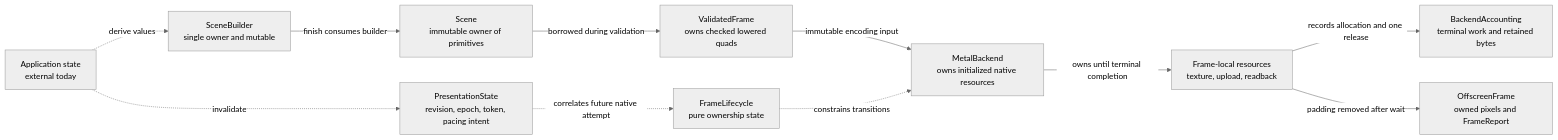
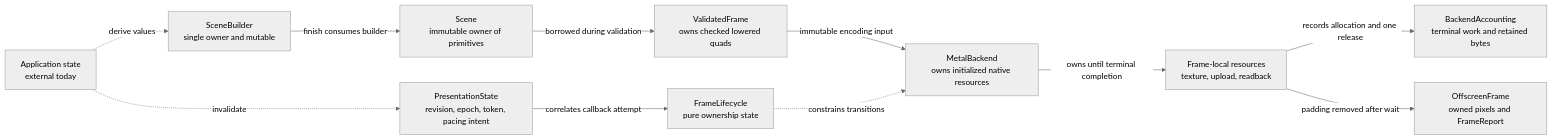
The second of 7 diagrams in ARCHITECTURE.md (dbuddha/alpine-gpui), drawn with Mermaid (neutral theme) before and after one commit. The commit also changed other lines of this file and 21 other files, not shown here.

````diff
--- a/ARCHITECTURE.md
+++ b/ARCHITECTURE.md
@@ -144,24 +155,24 @@
 ```mermaid
 flowchart LR
     state["Application state<br/>external today"]
     presentation["PresentationState<br/>revision, epoch, token, pacing intent"]
     builder["SceneBuilder<br/>single owner and mutable"]
     snapshot["Scene<br/>immutable owner of primitives"]
     plan["ValidatedFrame<br/>owns checked lowered quads"]
     lifecycle["FrameLifecycle<br/>pure ownership state"]
     renderer["MetalBackend<br/>owns initialized native resources"]
     resources["Frame-local resources<br/>texture, upload, readback"]
     accounting["BackendAccounting<br/>terminal work and retained bytes"]
     result["OffscreenFrame<br/>owned pixels and FrameReport"]
 
     state -. "invalidate" .-> presentation
     state -. "derive values" .-> builder
-    presentation -. "correlates future native attempt" .-> lifecycle
+    presentation -->|"correlates callback attempt"| lifecycle
     builder -->|"finish consumes builder"| snapshot
     snapshot -->|"borrowed during validation"| plan
     plan -->|"immutable encoding input"| renderer
     lifecycle -. "constrains transitions" .-> renderer
     renderer -->|"owns until terminal completion"| resources
     resources -->|"records allocation and one release"| accounting
     resources -->|"padding removed after wait"| result
 ```
````
